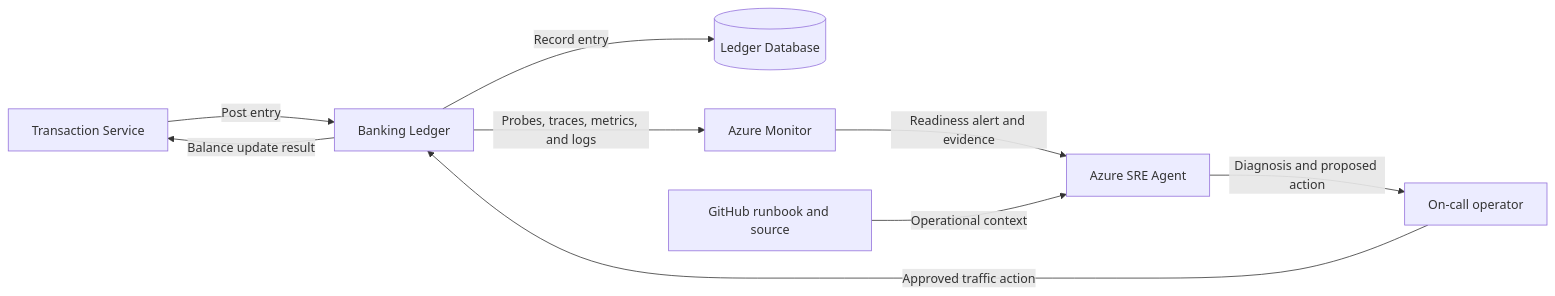
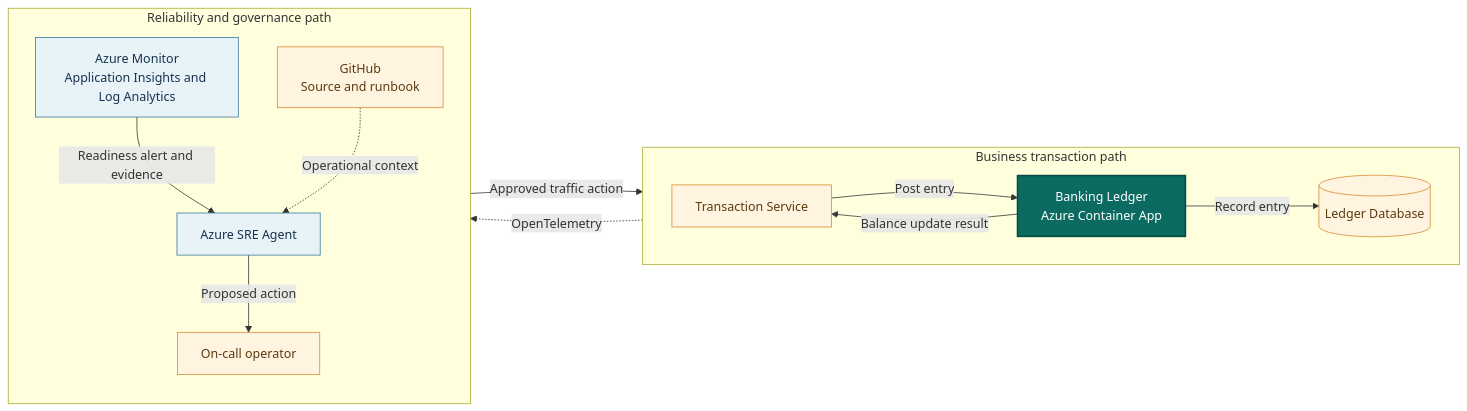
Before and after one commit to KrishnaDistributedcomputing/SREAgentEnterpriseShowcase: the diagram in runbooks/banking-ledger.md, drawn with Mermaid. The commit also changed other lines of this file and 14 other files, not shown here.

First line of the commit message:
docs(docs): refine system context diagrams

````diff
--- a/runbooks/banking-ledger.md
+++ b/runbooks/banking-ledger.md
@@ -33,11 +33,33 @@
 ```mermaid
 flowchart LR
-    Transaction[Transaction Service] -->|Post entry| App[Banking Ledger]
-    App -->|Record entry| Dependency[(Ledger Database)]
-    App -->|Balance update result| Transaction
-    App -->|Probes, traces, metrics, and logs| Monitor[Azure Monitor]
-    Monitor -->|Readiness alert and evidence| Agent[Azure SRE Agent]
-    Runbook[GitHub runbook and source] -->|Operational context| Agent
-    Agent -->|Diagnosis and proposed action| Operator[On-call operator]
-    Operator -->|Approved traffic action| App
+    subgraph Business["Business transaction path"]
+        direction LR
+        Transaction["Transaction Service"]
+        App["Banking Ledger<br/>Azure Container App"]
+        Database[("Ledger Database")]
+        Transaction -->|"Post entry"| App
+        App -->|"Record entry"| Database
+        App -->|"Balance update result"| Transaction
+    end
+
+    subgraph Operations["Reliability and governance path"]
+        direction TB
+        Monitor["Azure Monitor<br/>Application Insights and Log Analytics"]
+        Agent["Azure SRE Agent"]
+        Operator["On-call operator"]
+        Repository["GitHub<br/>Source and runbook"]
+        Monitor -->|"Readiness alert and evidence"| Agent
+        Repository -.->|"Operational context"| Agent
+        Agent -->|"Proposed action"| Operator
+    end
+
+    App -.->|"OpenTelemetry"| Monitor
+    Operator -->|"Approved traffic action"| App
+
+    classDef application fill:#0b6b61,color:#ffffff,stroke:#064b45,stroke-width:2px
+    classDef azure fill:#e8f3f8,color:#16324f,stroke:#39789b
+    classDef external fill:#fff4df,color:#5b3a11,stroke:#d78a32
+    class App application
+    class Monitor,Agent azure
+    class Transaction,Database,Operator,Repository external
 ```
````
